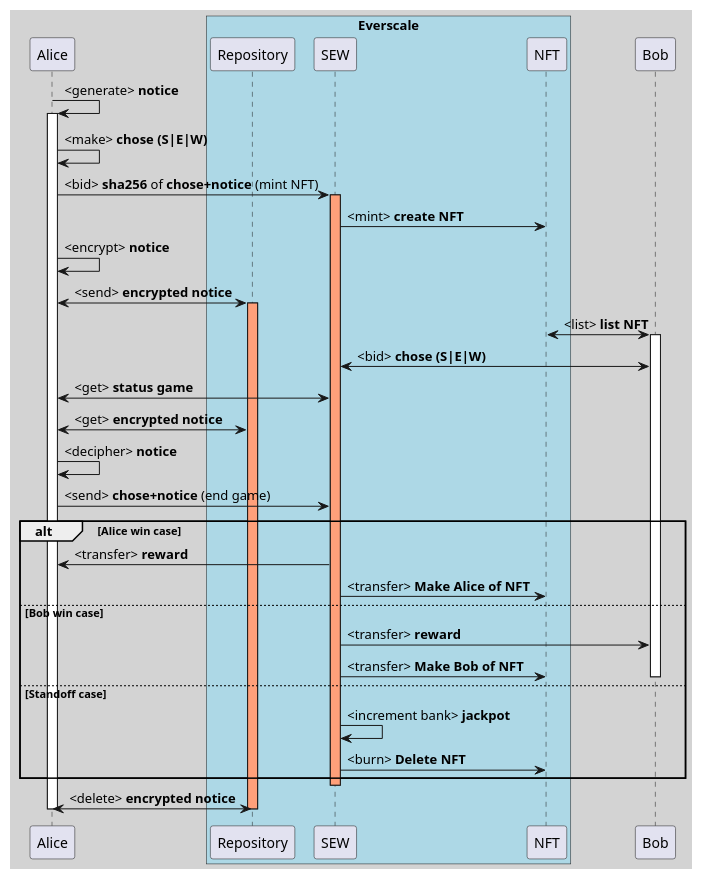
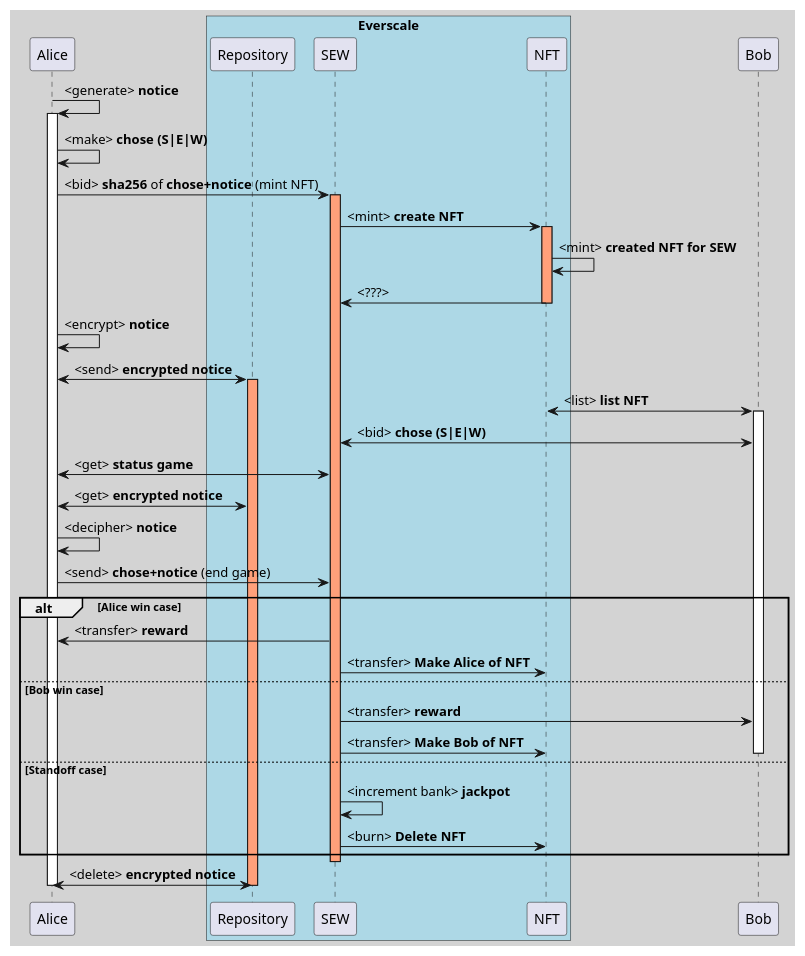
One commit to thanhlmm/Everscale-SEW changed the diagram in feature/flow.puml. Above: the diagram before and after it, drawn with PlantUML.

Commit message:
add detail about mint NFT

```diff
--- a/feature/flow.puml
+++ b/feature/flow.puml
@@ -1,50 +1,54 @@
 @startuml
 skinparam shadowing false
 skinparam backgroundColor #LightGrey
 skinparam handwritten false
 
 participant Alice
 
 box "Everscale" #LightBlue
 participant Repository
 participant SEW
 participant NFT
 end box
 
 participant Bob
 
 Alice -> Alice: <generate> **notice**
 activate Alice
 Alice -> Alice: <make> **chose (S|E|W)**
 Alice -> SEW: <bid> **sha256** of **chose+notice** (mint NFT)
 activate SEW #LightSalmon
 SEW -> NFT: <mint> **create NFT**
+activate NFT #LightSalmon
+NFT -> NFT: <mint> **created NFT for SEW**
+NFT -> SEW: <???>
+deactivate NFT
 Alice -> Alice: <encrypt> **notice**
 Alice <-> Repository: <send> **encrypted notice**
 activate Repository #LightSalmon
 Bob <-> NFT: <list> **list NFT**
 activate Bob
 Bob <-> SEW: <bid> **chose (S|E|W)**
 Alice <-> SEW: <get> **status game**
 
 Alice <-> Repository: <get> **encrypted notice**
 Alice -> Alice: <decipher> **notice**
 Alice -> SEW: <send> **chose+notice** (end game)
 
 alt Alice win case
     SEW -> Alice: <transfer> **reward**
     SEW -> NFT: <transfer> **Make Alice of NFT**
 else Bob win case
     SEW -> Bob: <transfer> **reward**
     SEW -> NFT: <transfer> **Make Bob of NFT**
     deactivate Bob
 else Standoff case
     SEW -> SEW: <increment bank> **jackpot**
     SEW -> NFT: <burn> **Delete NFT**
 end
 
 deactivate SEW
 Alice <-> Repository: <delete> **encrypted notice**
 deactivate Alice
 deactivate Repository
 @enduml
```
